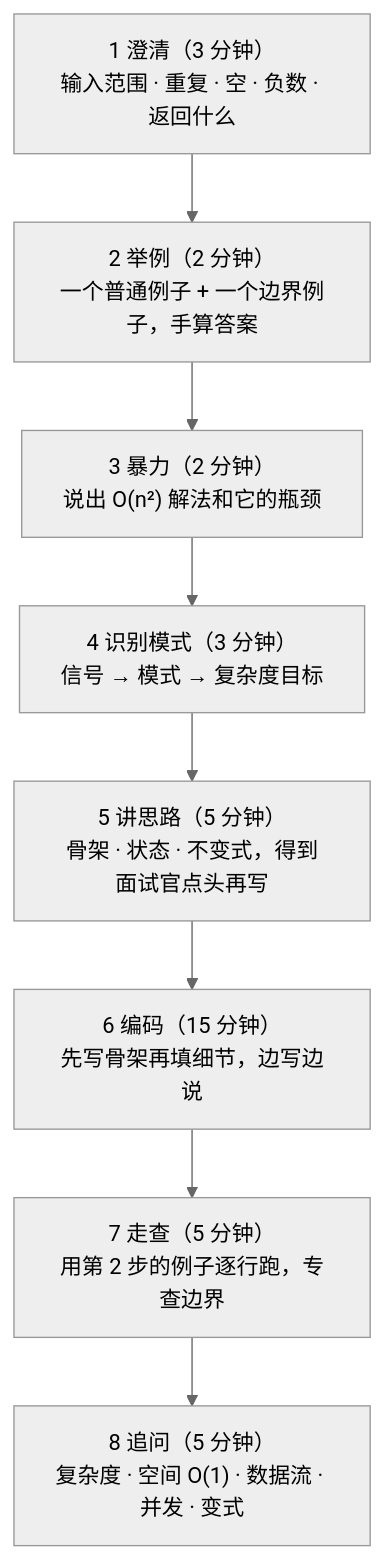
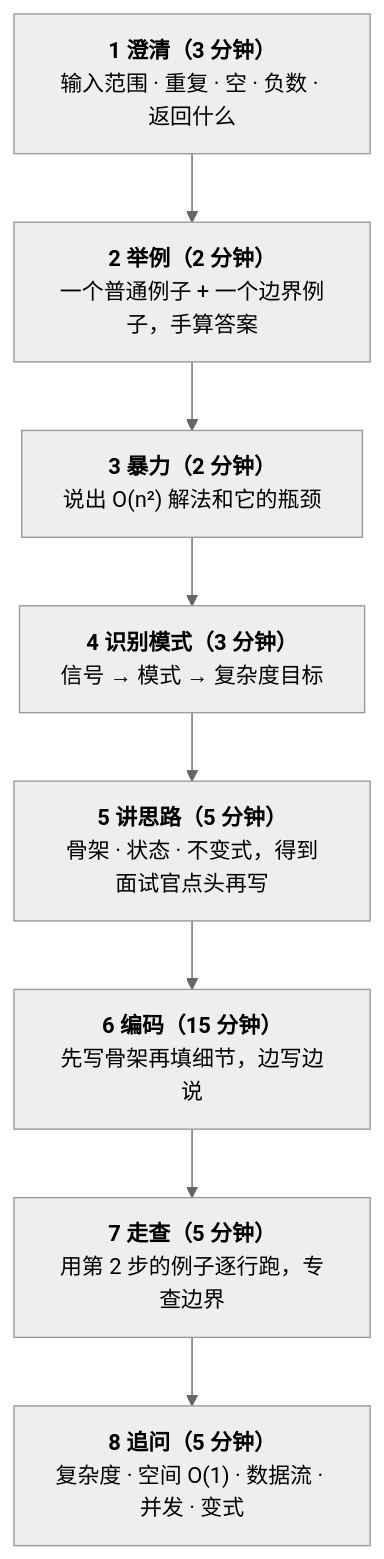
The second of 2 diagrams in _posts/2025-12-01-coding-interview.md (arganzheng/arganzheng.github.com), drawn with Mermaid (neutral theme) before and after one commit. The commit also changed other lines of this file and 12 other files, not shown here.

First line of the commit message:
面试手撕代码：从 LeetCode 中等题到 Transformer 组件：Mermaid 多行方框的首行标为标题（13 篇）

````diff
--- a/_posts/2025-12-01-coding-interview.md
+++ b/_posts/2025-12-01-coding-interview.md
@@ -73,10 +73,10 @@
 ```mermaid
 flowchart TB
-    S1["1 澄清（3 分钟）<br>输入范围 · 重复 · 空 · 负数 · 返回什么"] --> S2["2 举例（2 分钟）<br>一个普通例子 + 一个边界例子，手算答案"]
-    S2 --> S3["3 暴力（2 分钟）<br>说出 O(n²) 解法和它的瓶颈"]
-    S3 --> S4["4 识别模式（3 分钟）<br>信号 → 模式 → 复杂度目标"]
-    S4 --> S5["5 讲思路（5 分钟）<br>骨架 · 状态 · 不变式，得到面试官点头再写"]
-    S5 --> S6["6 编码（15 分钟）<br>先写骨架再填细节，边写边说"]
-    S6 --> S7["7 走查（5 分钟）<br>用第 2 步的例子逐行跑，专查边界"]
-    S7 --> S8["8 追问（5 分钟）<br>复杂度 · 空间 O(1) · 数据流 · 并发 · 变式"]
+    S1["<b>1 澄清（3 分钟）</b><br>输入范围 · 重复 · 空 · 负数 · 返回什么"] --> S2["<b>2 举例（2 分钟）</b><br>一个普通例子 + 一个边界例子，手算答案"]
+    S2 --> S3["<b>3 暴力（2 分钟）</b><br>说出 O(n²) 解法和它的瓶颈"]
+    S3 --> S4["<b>4 识别模式（3 分钟）</b><br>信号 → 模式 → 复杂度目标"]
+    S4 --> S5["<b>5 讲思路（5 分钟）</b><br>骨架 · 状态 · 不变式，得到面试官点头再写"]
+    S5 --> S6["<b>6 编码（15 分钟）</b><br>先写骨架再填细节，边写边说"]
+    S6 --> S7["<b>7 走查（5 分钟）</b><br>用第 2 步的例子逐行跑，专查边界"]
+    S7 --> S8["<b>8 追问（5 分钟）</b><br>复杂度 · 空间 O(1) · 数据流 · 并发 · 变式"]
 ```
````
